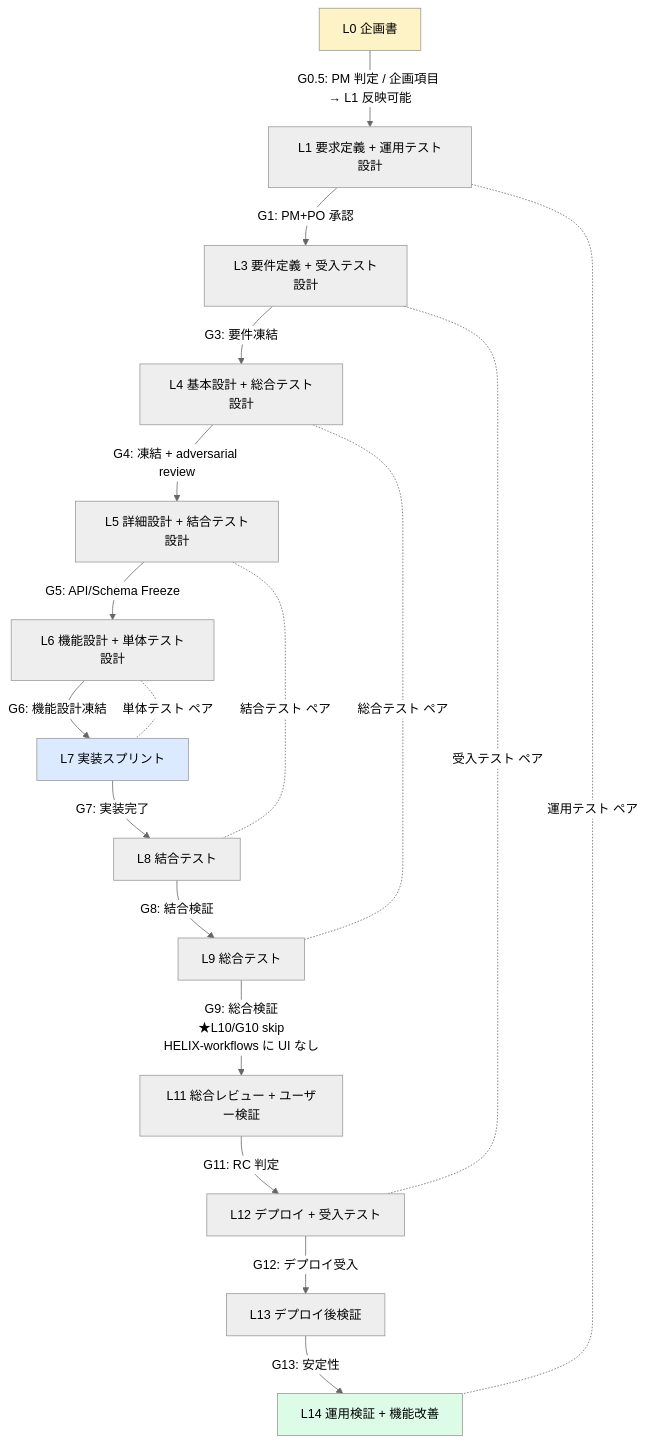
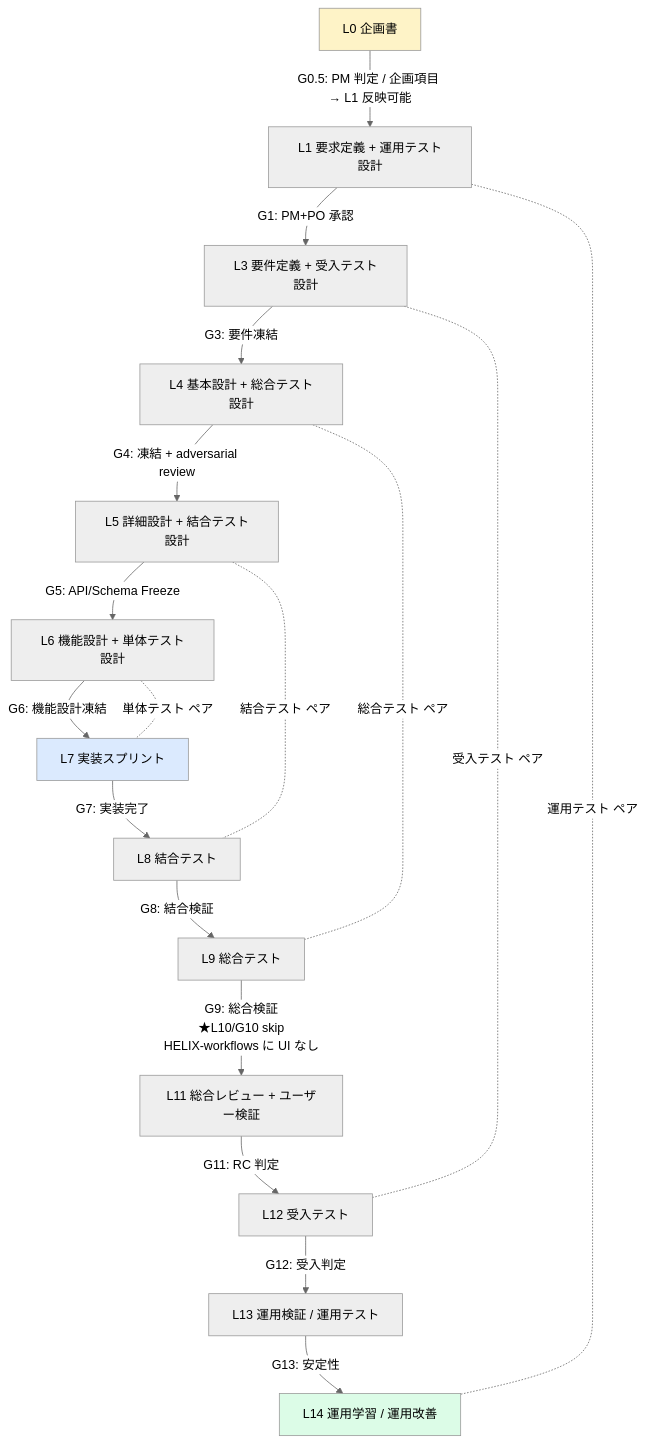
The first of 7 diagrams in docs/v2/L0-helix-workflows/concept.md (RetryYN/ai-dev-kit-vscode), drawn with Mermaid (neutral theme) before and after one commit. The commit also changed 68 other files, not shown here.

````diff
--- a/docs/v2/L0-helix-workflows/concept.md
+++ b/docs/v2/L0-helix-workflows/concept.md
@@ -294,25 +294,25 @@
 ```mermaid
 flowchart TB
   L0[L0 企画書] -->|G0.5: PM 判定 / 企画項目 → L1 反映可能| L1[L1 要求定義 + 運用テスト設計]
   L1 -->|G1: PM+PO 承認| L3[L3 要件定義 + 受入テスト設計]
   L3 -->|G3: 要件凍結| L4[L4 基本設計 + 総合テスト設計]
   L4 -->|G4: 凍結 + adversarial review| L5[L5 詳細設計 + 結合テスト設計]
   L5 -->|G5: API/Schema Freeze| L6[L6 機能設計 + 単体テスト設計]
   L6 -->|G6: 機能設計凍結| L7[L7 実装スプリント]
   L7 -->|G7: 実装完了| L8[L8 結合テスト]
   L8 -->|G8: 結合検証| L9[L9 総合テスト]
   L9 -->|G9: 総合検証<br/>★L10/G10 skip<br/>HELIX-workflows に UI なし| L11[L11 総合レビュー + ユーザー検証]
-  L11 -->|G11: RC 判定| L12[L12 デプロイ + 受入テスト]
-  L12 -->|G12: デプロイ受入| L13[L13 デプロイ後検証]
-  L13 -->|G13: 安定性| L14[L14 運用検証 + 機能改善]
+  L11 -->|G11: RC 判定| L12[L12 受入テスト]
+  L12 -->|G12: 受入判定| L13[L13 運用検証 / 運用テスト]
+  L13 -->|G13: 安定性| L14[L14 運用学習 / 運用改善]
 
   L6 -.単体テスト ペア.- L7
   L5 -.結合テスト ペア.- L8
   L4 -.総合テスト ペア.- L9
   L3 -.受入テスト ペア.- L12
   L1 -.運用テスト ペア.- L14
 
   style L0 fill:#fef3c7
   style L7 fill:#dbeafe
   style L14 fill:#dcfce7
 ```
````
